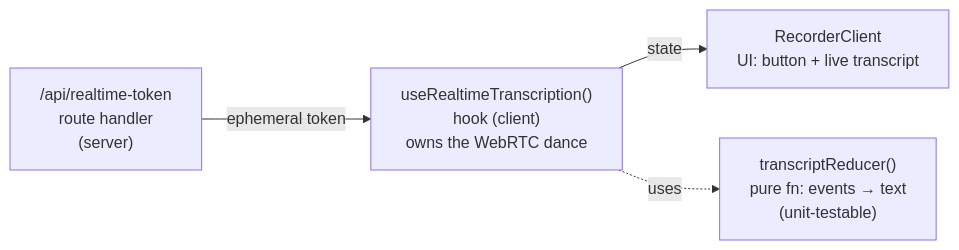
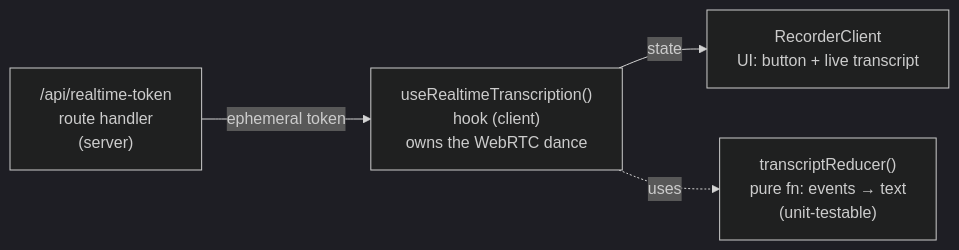
One commit to nicolovejoy/recountly changed the second of 2 diagrams in docs/phase-1-live-transcription.md. Above: the diagram before and after it, drawn with Mermaid. The commit also changed other lines of this file, not shown here.

First line of the commit message:
docs: fix Phase 1 mermaid diagrams for dark mode

````diff
--- a/docs/phase-1-live-transcription.md
+++ b/docs/phase-1-live-transcription.md
@@ -98,7 +99,8 @@
 ```mermaid
+%%{init: {'theme':'dark'}}%%
 flowchart LR
     A["/api/realtime-token<br/>route handler<br/>(server)"] -->|ephemeral token| B
     B["useRealtimeTranscription()<br/>hook (client)<br/>owns the WebRTC dance"] -->|state| C
     C["RecorderClient<br/>UI: button + live transcript"]
     B -.uses.-> D["transcriptReducer()<br/>pure fn: events → text<br/>(unit-testable)"]
 ```
````
